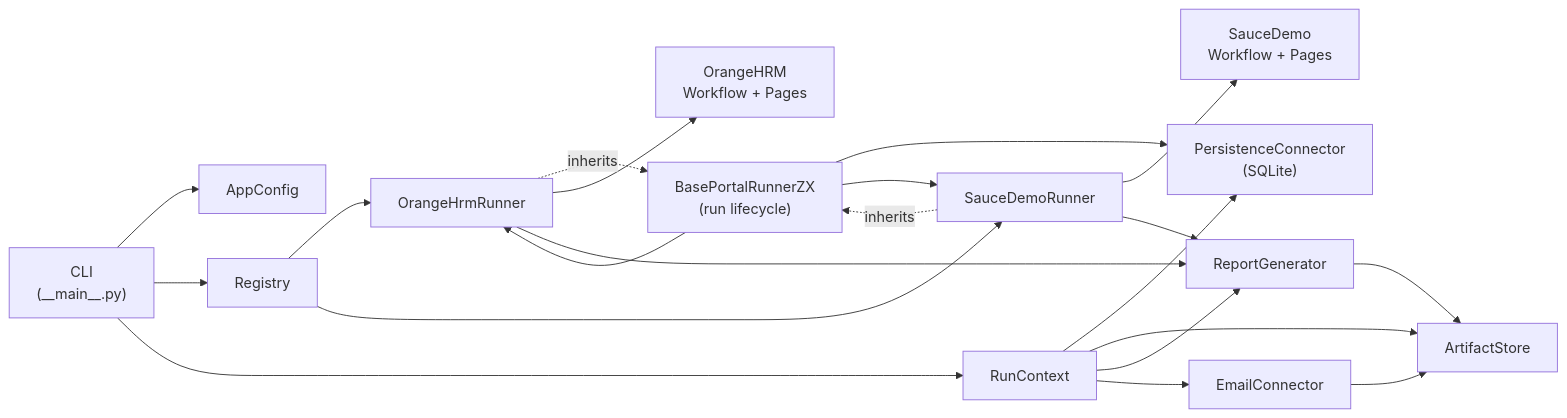
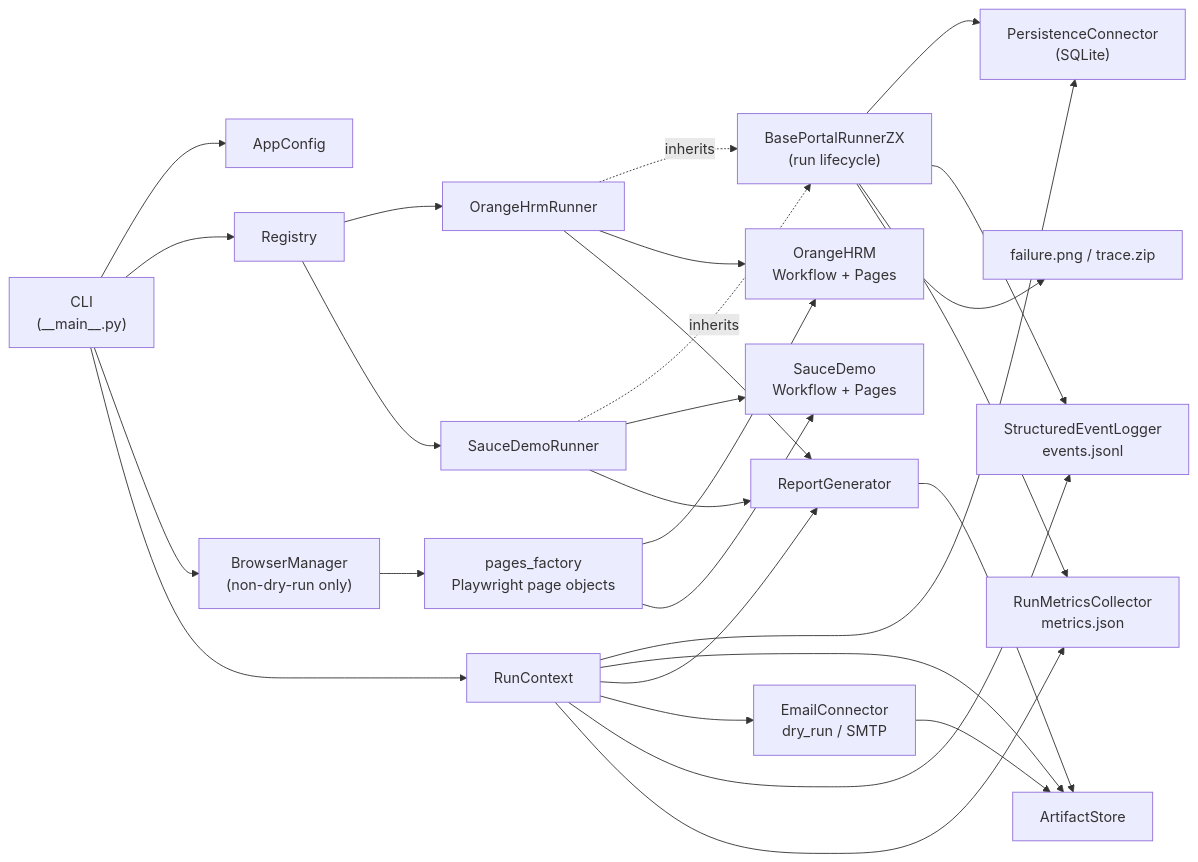
Before and after one commit to YarByk/zentist_rpa_test: the diagram in DESIGN.md, drawn with Mermaid. The commit also changed other lines of this file and 43 other files, not shown here.

````diff
--- a/DESIGN.md
+++ b/DESIGN.md
@@ -17,23 +22,30 @@
 ```mermaid
 flowchart LR
     CLI["CLI\n(__main__.py)"] --> AppConfig
     CLI --> Registry
+    CLI --> BrowserManager["BrowserManager\n(non-dry-run only)"]
     CLI --> Context["RunContext"]
+    BrowserManager --> PagesFactory["pages_factory\nPlaywright page objects"]
     Context --> PConn["PersistenceConnector\n(SQLite)"]
     Context --> AStore["ArtifactStore"]
     Context --> RGen["ReportGenerator"]
-    Context --> EConn["EmailConnector"]
+    Context --> EConn["EmailConnector\ndry_run / SMTP"]
+    Context --> Events["StructuredEventLogger\nevents.jsonl"]
+    Context --> Metrics["RunMetricsCollector\nmetrics.json"]
     Registry --> OrangeHrmRunner
     Registry --> SauceDemoRunner
     OrangeHrmRunner -.inherits.-> Base["BasePortalRunnerZX\n(run lifecycle)"]
     SauceDemoRunner -.inherits.-> Base
     Base --> PConn
-    Base --> OrangeHrmRunner
-    Base --> SauceDemoRunner
+    Base --> Events
+    Base --> Metrics
+    Base --> Diagnostics["failure.png / trace.zip"]
     OrangeHrmRunner --> OHFlow["OrangeHRM\nWorkflow + Pages"]
     SauceDemoRunner --> SDFlow["SauceDemo\nWorkflow + Pages"]
+    PagesFactory --> OHFlow
+    PagesFactory --> SDFlow
     OrangeHrmRunner --> RGen
     SauceDemoRunner --> RGen
-    RGen --> AStore["ArtifactStore"]
+    RGen --> AStore
     EConn --> AStore
 ```
````
